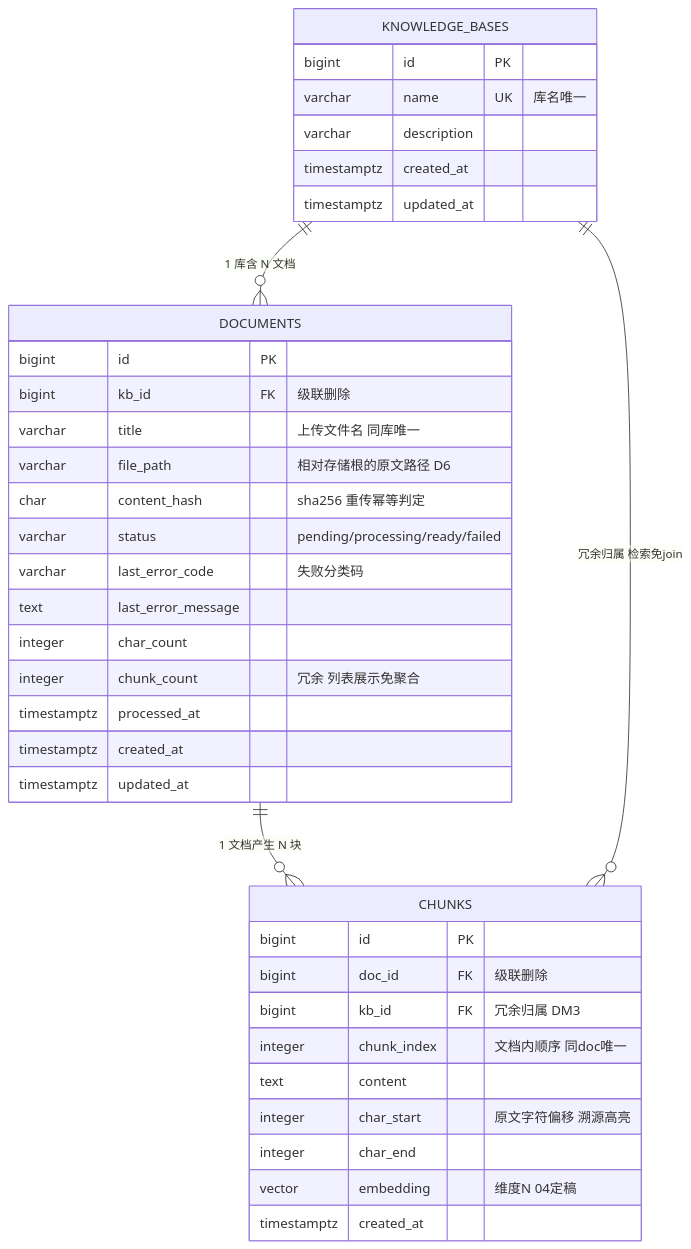
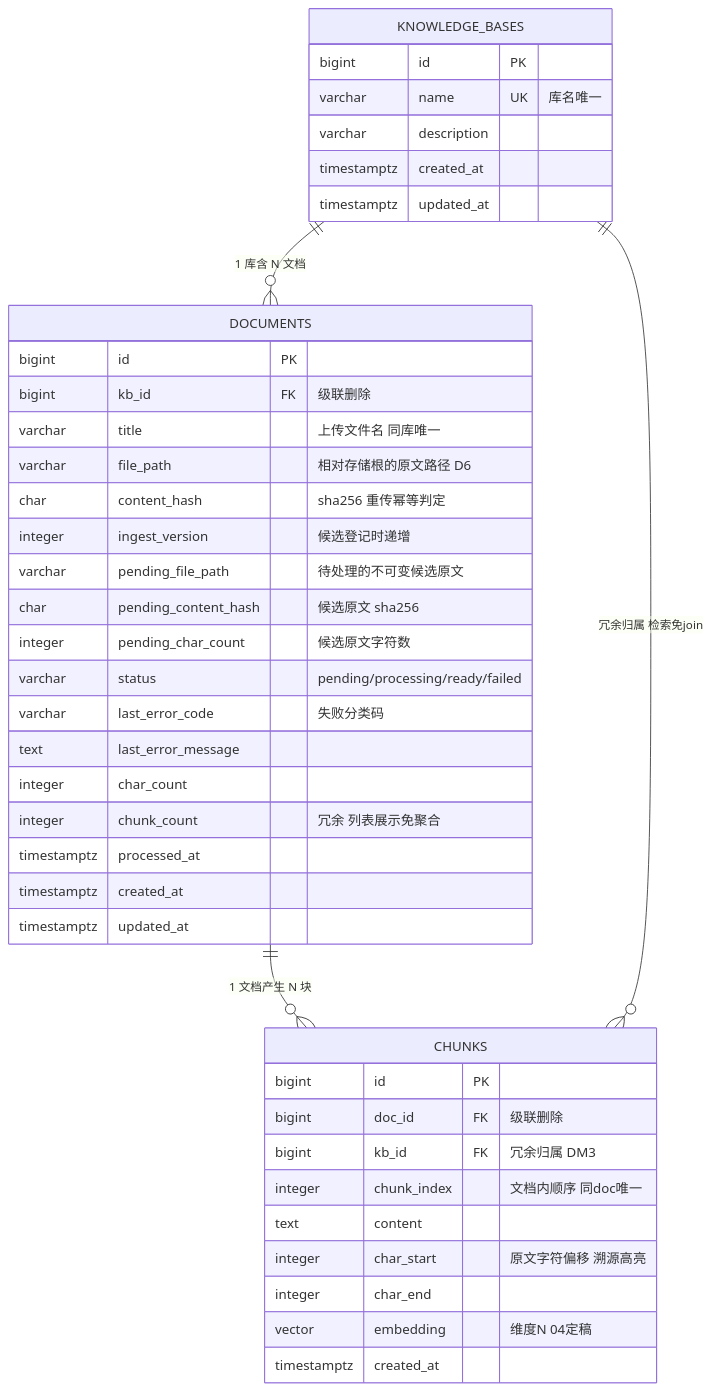
Before and after one commit to One-29/personal-knowledge-base: the first of 2 diagrams in docs/design/03-data-model.md, drawn with Mermaid. The commit also changed other lines of this file and 15 other files, not shown here.

````diff
--- a/docs/design/03-data-model.md
+++ b/docs/design/03-data-model.md
@@ -37,40 +37,44 @@
 ```mermaid
 erDiagram
     KNOWLEDGE_BASES ||--o{ DOCUMENTS : "1 库含 N 文档"
     DOCUMENTS ||--o{ CHUNKS : "1 文档产生 N 块"
     KNOWLEDGE_BASES ||--o{ CHUNKS : "冗余归属 检索免join"
 
     KNOWLEDGE_BASES {
         bigint id PK
         varchar name UK "库名唯一"
         varchar description
         timestamptz created_at
         timestamptz updated_at
     }
     DOCUMENTS {
         bigint id PK
         bigint kb_id FK "级联删除"
         varchar title "上传文件名 同库唯一"
         varchar file_path "相对存储根的原文路径 D6"
         char content_hash "sha256 重传幂等判定"
+        integer ingest_version "候选登记时递增"
+        varchar pending_file_path "待处理的不可变候选原文"
+        char pending_content_hash "候选原文 sha256"
+        integer pending_char_count "候选原文字符数"
         varchar status "pending/processing/ready/failed"
         varchar last_error_code "失败分类码"
         text last_error_message
         integer char_count
         integer chunk_count "冗余 列表展示免聚合"
         timestamptz processed_at
         timestamptz created_at
         timestamptz updated_at
     }
     CHUNKS {
         bigint id PK
         bigint doc_id FK "级联删除"
         bigint kb_id FK "冗余归属 DM3"
         integer chunk_index "文档内顺序 同doc唯一"
         text content
         integer char_start "原文字符偏移 溯源高亮"
         integer char_end
         vector embedding "维度N 04定稿"
         timestamptz created_at
     }
 ```
````
